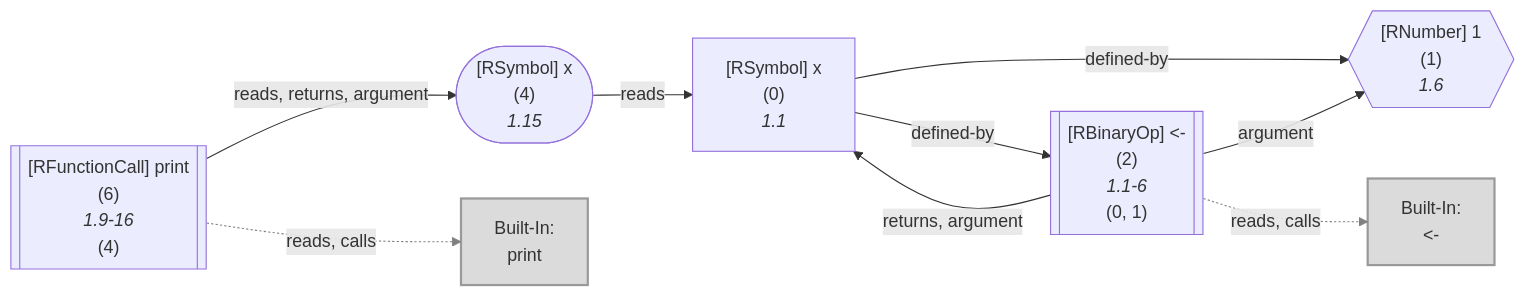
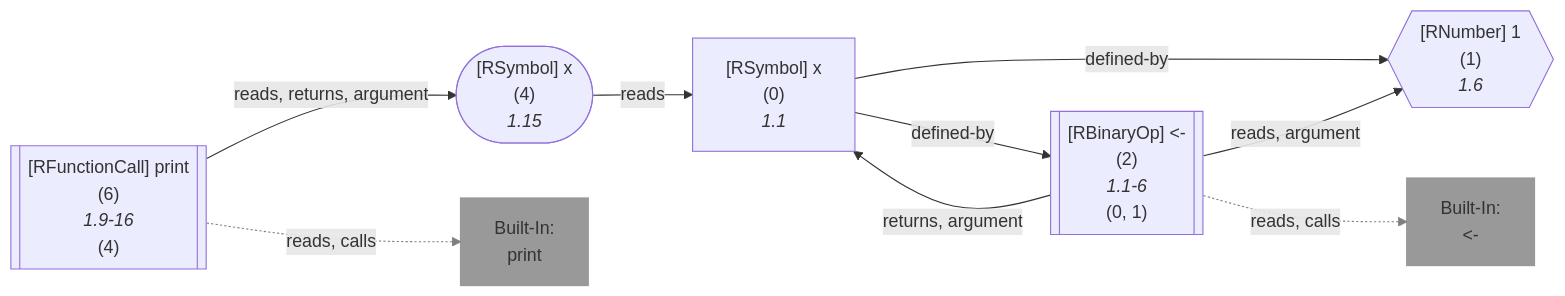
Before and after one commit to flowr-analysis/flowr: the second of 2 diagrams in wiki/Core.md, drawn with Mermaid. The commit also changed other lines of this file and 18 other files, not shown here.

````diff
--- a/wiki/Core.md
+++ b/wiki/Core.md
@@ -386,36 +388,36 @@
 ```mermaid
 flowchart LR
     1{{"`#91;RNumber#93; 1
       (1)
       *1.6*`"}}
     0["`#91;RSymbol#93; x
       (0)
       *1.1*`"]
     2[["`#91;RBinaryOp#93; #60;#45;
       (2)
       *1.1-6*
     (0, 1)`"]]
     built-in:_-["`Built-In:
 #60;#45;`"]
-    style built-in:_- stroke:gray,fill:lightgray,stroke-width:2px,opacity:.8;
+    style built-in:_- stroke:gray,fill:gray,stroke-width:2px,opacity:.8;
     4(["`#91;RSymbol#93; x
       (4)
       *1.15*`"])
     6[["`#91;RFunctionCall#93; print
       (6)
       *1.9-16*
     (4)`"]]
     built-in:print["`Built-In:
 print`"]
-    style built-in:print stroke:gray,fill:lightgray,stroke-width:2px,opacity:.8;
+    style built-in:print stroke:gray,fill:gray,stroke-width:2px,opacity:.8;
     0 -->|"defined-by"| 1
     0 -->|"defined-by"| 2
-    2 -->|"argument"| 1
+    2 -->|"reads, argument"| 1
     2 -->|"returns, argument"| 0
     2 -.->|"reads, calls"| built-in:_-
     linkStyle 4 stroke:gray;
     4 -->|"reads"| 0
     6 -->|"reads, returns, argument"| 4
     6 -.->|"reads, calls"| built-in:print
     linkStyle 7 stroke:gray;
 ```
````
